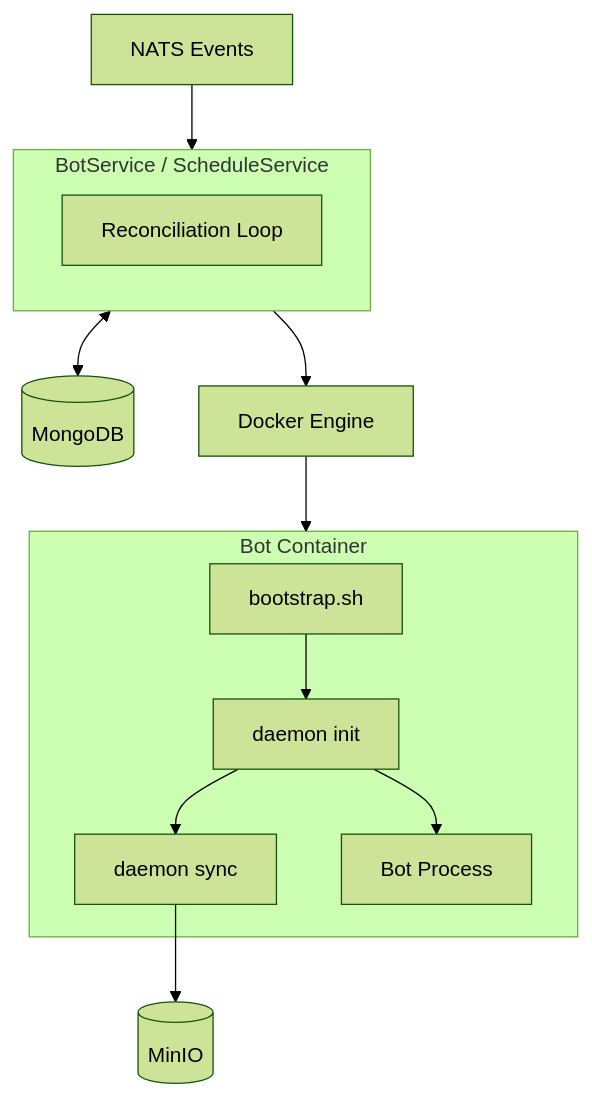
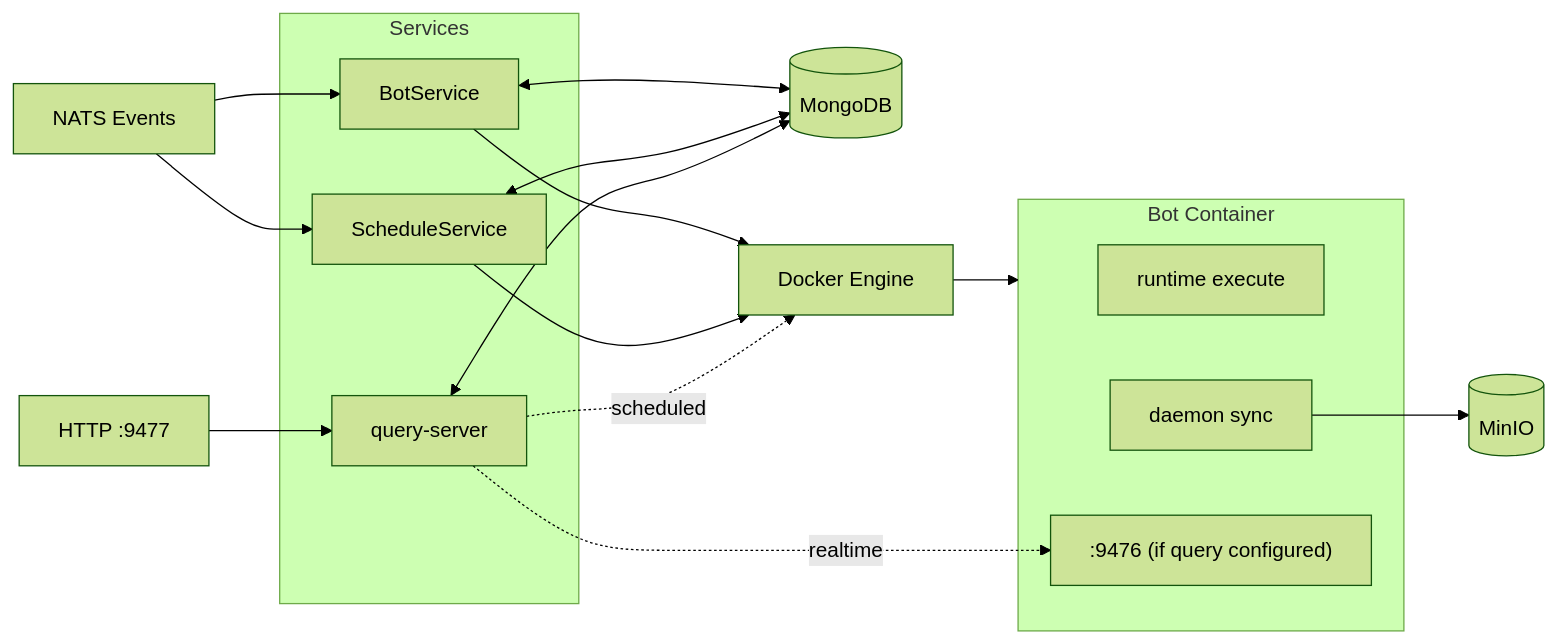
One commit to alexanderwanyoike/the0 changed the first of 2 diagrams in runtime/internal/docker/README.md. Above: the diagram before and after it, drawn with Mermaid (forest theme). The commit also changed other lines of this file and 2 other files, not shown here.

First line of the commit message:
docs: Update runtime documentation with query system and architecture

````diff
--- a/runtime/internal/docker/README.md
+++ b/runtime/internal/docker/README.md
@@ -9,25 +9,26 @@
 ```mermaid
-flowchart TB
-    NATS["NATS Events"] --> Service
+flowchart LR
+    NATS["NATS Events"] --> BotSvc & SchedSvc
+    HTTP["HTTP :9477"] --> QS
 
-    subgraph Service["BotService / ScheduleService"]
-        Reconcile["Reconciliation Loop"]
+    subgraph Services
+        BotSvc["BotService"]
+        SchedSvc["ScheduleService"]
+        QS["query-server"]
     end
 
-    Service <--> MongoDB[(MongoDB)]
-    Service --> Docker["Docker Engine"]
+    BotSvc & SchedSvc <--> MongoDB[(MongoDB)]
+    QS <--> MongoDB
+    BotSvc & SchedSvc --> Docker["Docker Engine"]
 
     subgraph Container["Bot Container"]
-        Bootstrap["bootstrap.sh"]
-        DaemonInit["daemon init"]
-        DaemonSync["daemon sync"]
-        BotProcess["Bot Process"]
-
-        Bootstrap --> DaemonInit
-        DaemonInit --> DaemonSync
-        DaemonInit --> BotProcess
+        Execute["runtime execute"]
+        Sync["daemon sync"]
+        QueryPort[":9476 (if query configured)"]
     end
 
     Docker --> Container
-    DaemonSync --> MinIO[(MinIO)]
+    Sync --> MinIO[(MinIO)]
+    QS -.->|realtime| QueryPort
+    QS -.->|scheduled| Docker
 ```
````
